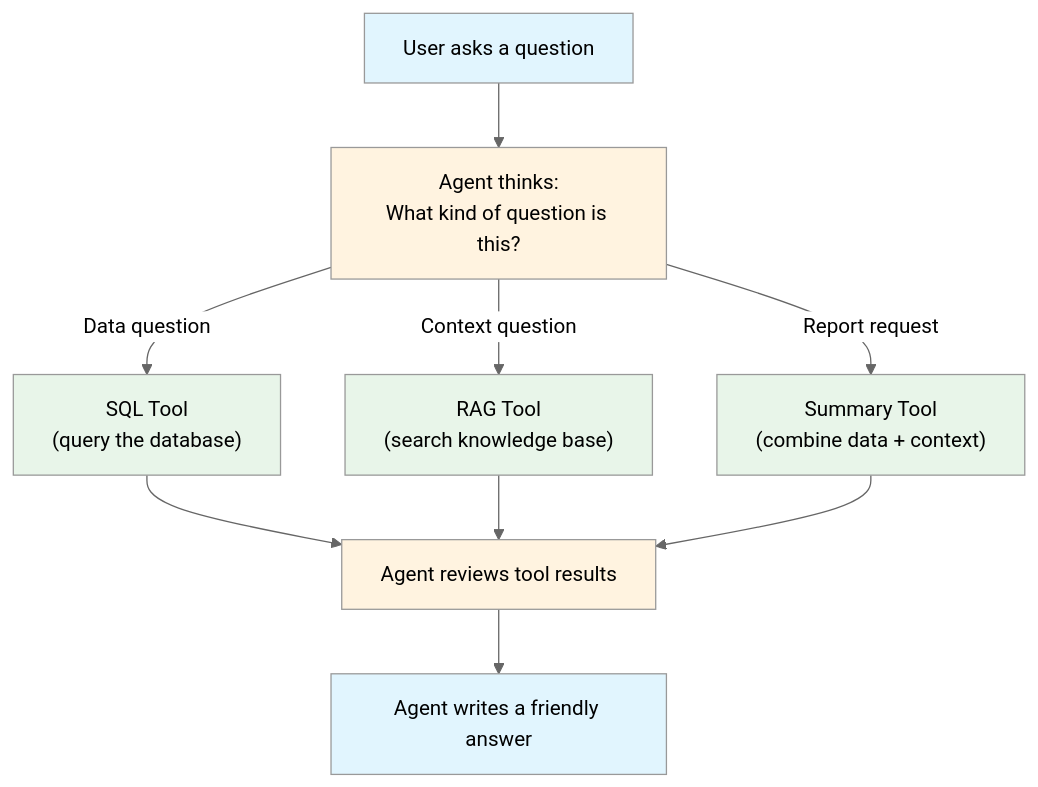
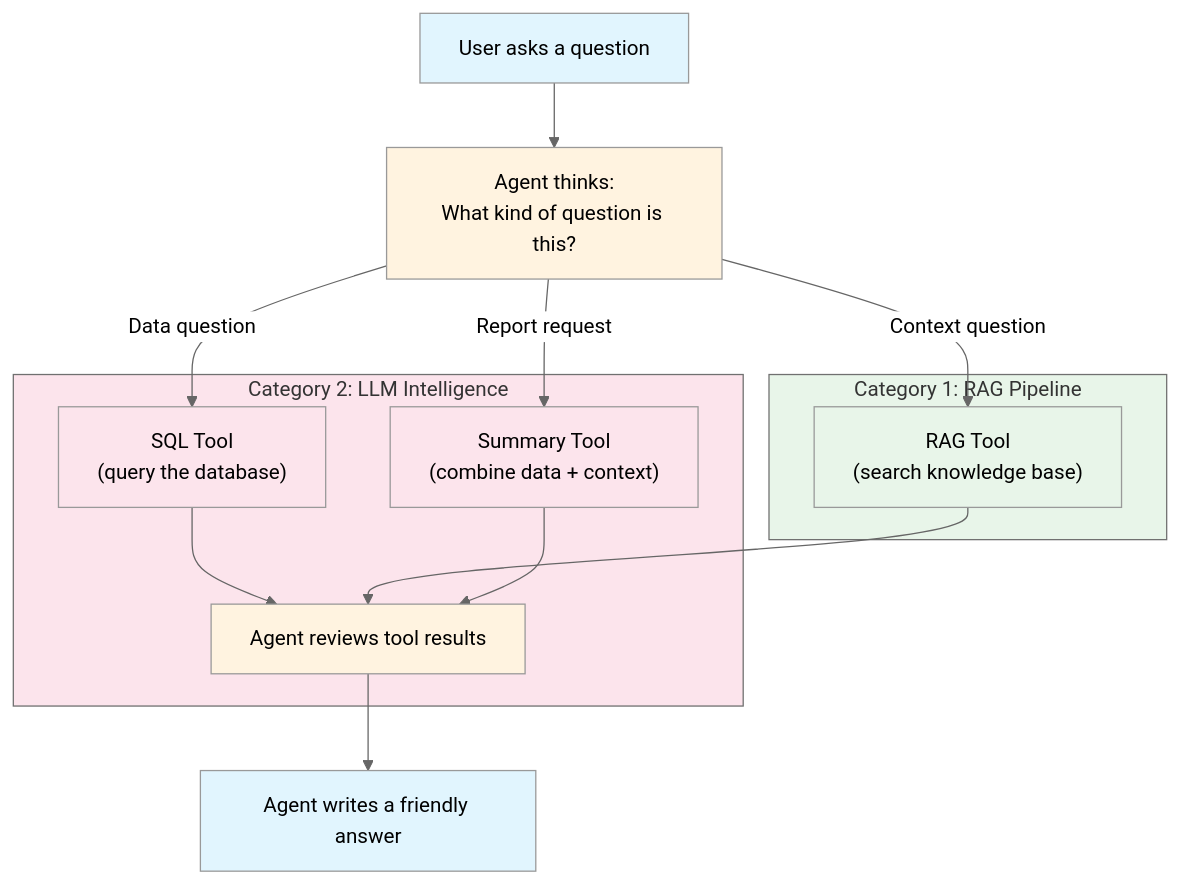
Before and after one commit to aakashkumar1980/certifications-aiml: the third of 4 diagrams in TUTORIAL_AI.md, drawn with Mermaid (neutral theme). The commit also changed other lines of this file and 5 other files, not shown here.

First line of the commit message:
Add Step labels to LLM tools and update all documentation with two-category architecture

````diff
--- a/TUTORIAL_AI.md
+++ b/TUTORIAL_AI.md
@@ -118,19 +197,32 @@
 ```mermaid
 flowchart TD
     Q["User asks a question"] --> Think["Agent thinks:<br/>What kind of question is this?"]
-    Think -->|Data question| SQL["SQL Tool<br/>(query the database)"]
-    Think -->|Context question| RAG["RAG Tool<br/>(search knowledge base)"]
-    Think -->|Report request| Report["Summary Tool<br/>(combine data + context)"]
-    SQL --> Review["Agent reviews tool results"]
+
+    subgraph cat1["Category 1: RAG Pipeline"]
+        RAG["RAG Tool<br/>(search knowledge base)"]
+    end
+
+    subgraph cat2["Category 2: LLM Intelligence"]
+        SQL["SQL Tool<br/>(query the database)"]
+        Report["Summary Tool<br/>(combine data + context)"]
+        Review["Agent reviews tool results"]
+    end
+
+    Think -->|Data question| SQL
+    Think -->|Context question| RAG
+    Think -->|Report request| Report
+    SQL --> Review
     RAG --> Review
     Report --> Review
     Review --> Answer["Agent writes a friendly answer"]
 
     style Q fill:#e1f5fe
     style Think fill:#fff3e0
-    style SQL fill:#e8f5e9
+    style cat1 fill:#e8f5e9
+    style cat2 fill:#fce4ec
+    style SQL fill:#fce4ec
     style RAG fill:#e8f5e9
-    style Report fill:#e8f5e9
+    style Report fill:#fce4ec
     style Review fill:#fff3e0
     style Answer fill:#e1f5fe
 ```
````
